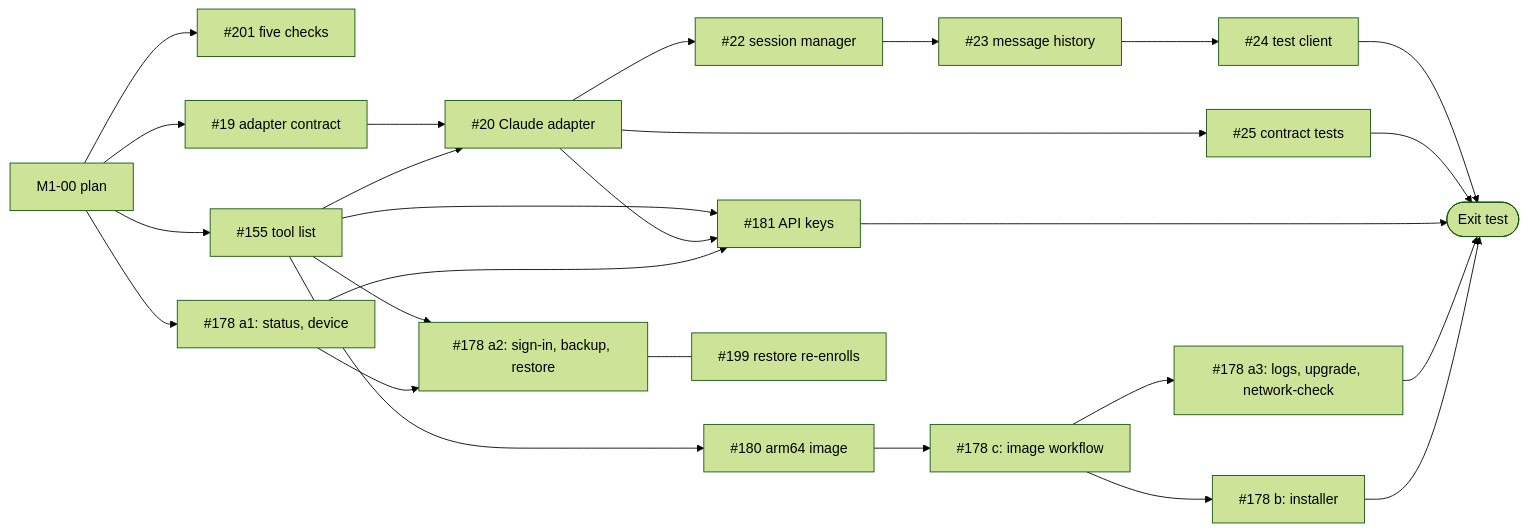
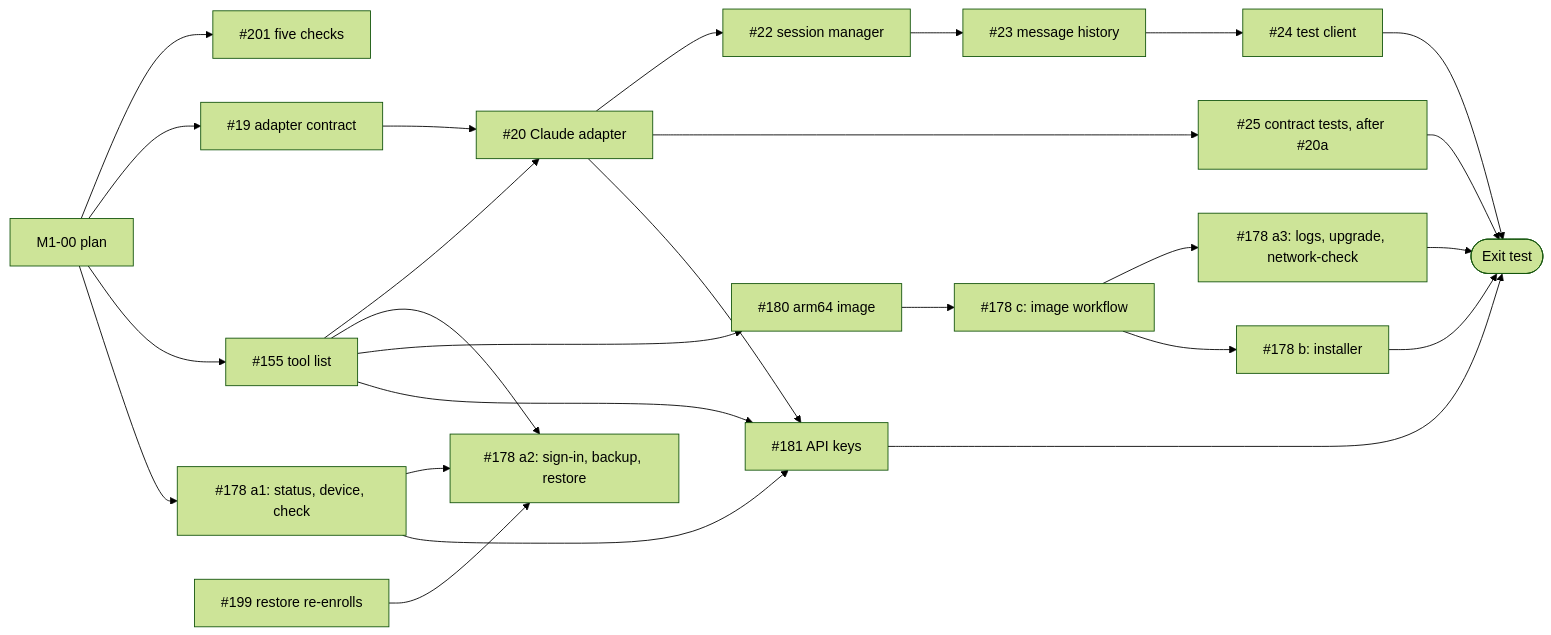
The diagram in docs/plan/milestones/M1-one-bot-end-to-end.md (jcore9/Aphelion), drawn with Mermaid (forest theme) before and after one commit. The commit also changed other lines of this file and 4 other files, not shown here.

````diff
--- a/docs/plan/milestones/M1-one-bot-end-to-end.md
+++ b/docs/plan/milestones/M1-one-bot-end-to-end.md
@@ -62,28 +64,28 @@
 ```mermaid
 flowchart LR
   p["M1-00 plan"] --> w0["#201 five checks"]
   p --> a19["#19 adapter contract"]
   p --> a155["#155 tool list"]
-  p --> a1["#178 a1: status, device"]
+  p --> a1["#178 a1: status, device, check"]
   a19 --> a20["#20 Claude adapter"]
   a155 --> a20
   a155 --> a2["#178 a2: sign-in, backup, restore"]
   a1 --> a2
   a155 --> a180["#180 arm64 image"]
   a180 --> c["#178 c: image workflow"]
   c --> a3["#178 a3: logs, upgrade, network-check"]
   c --> b["#178 b: installer"]
   a20 --> a22["#22 session manager"]
-  a20 --> a25["#25 contract tests"]
+  a20 --> a25["#25 contract tests, after #20a"]
   a22 --> a23["#23 message history"]
   a23 --> a24["#24 test client"]
   a155 --> a181["#181 API keys"]
   a20 --> a181
   a1 --> a181
-  a2 --- a199["#199 restore re-enrolls"]
+  a199["#199 restore re-enrolls"] --> a2
   a24 --> exit(["Exit test"])
   a25 --> exit
   a181 --> exit
   a3 --> exit
   b --> exit
 ```
````
